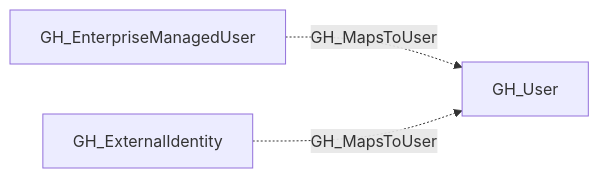
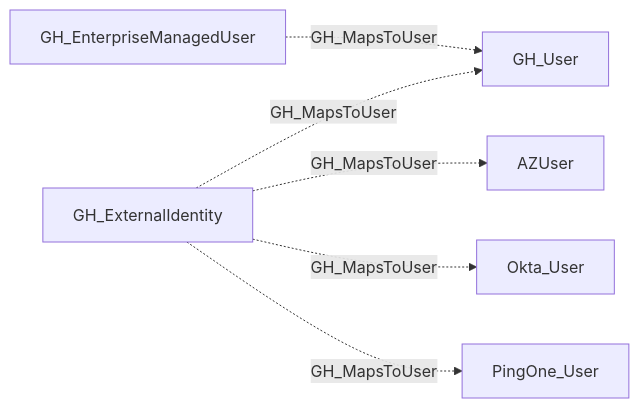
One commit to SpecterOps/openhound-github changed the diagram in descriptions/edges/GH_MapsToUser.md. Above: the diagram before and after it, drawn with Mermaid. The commit also changed other lines of this file and 2 other files, not shown here.

Commit message:
docs: clarify GitHub hybrid edge endpoints

````diff
--- a/descriptions/edges/GH_MapsToUser.md
+++ b/descriptions/edges/GH_MapsToUser.md
@@ -9,8 +9,11 @@
 ```mermaid
 graph LR
     n0["GH_EnterpriseManagedUser"]
     n1["GH_User"]
     n2["GH_ExternalIdentity"]
     n0 -.->|GH_MapsToUser| n1
     n2 -.->|GH_MapsToUser| n1
+    n2 -.->|GH_MapsToUser| azure["AZUser"]
+    n2 -.->|GH_MapsToUser| okta["Okta_User"]
+    n2 -.->|GH_MapsToUser| ping["PingOne_User"]
 ```
````
